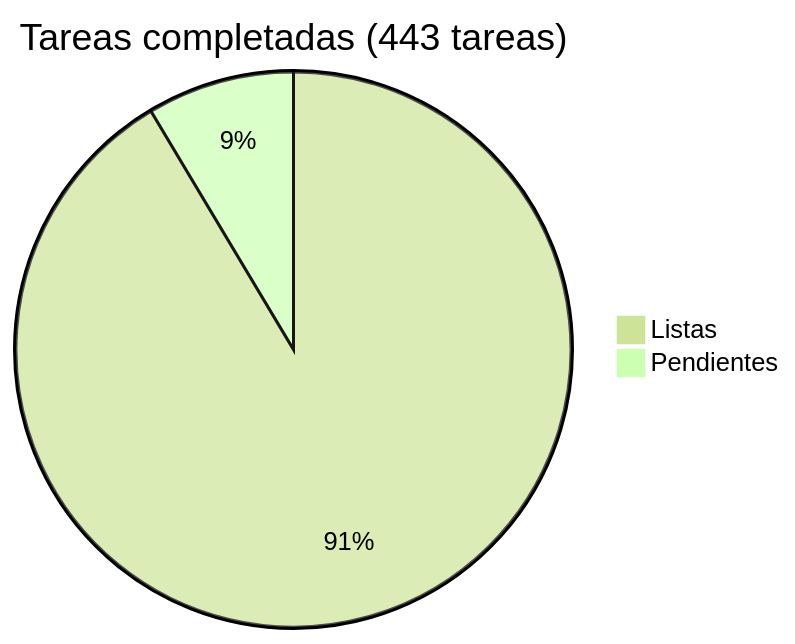
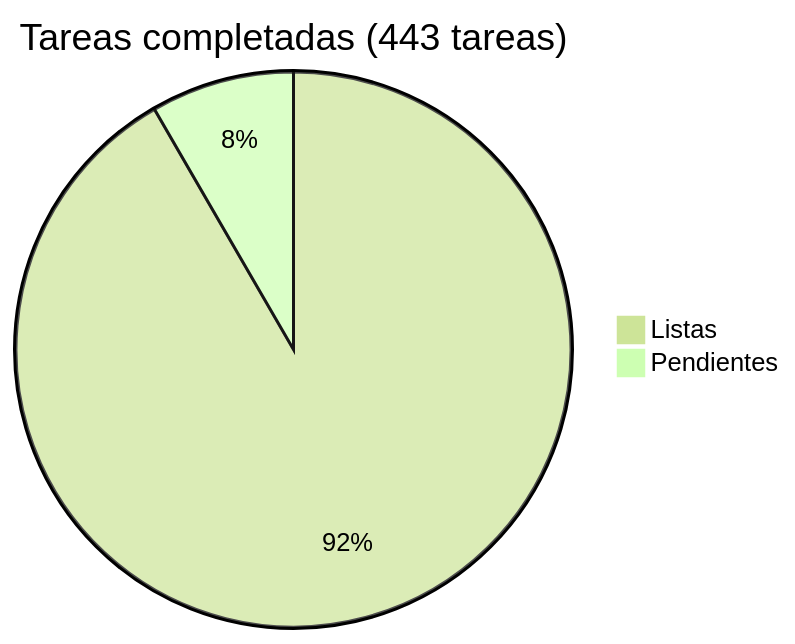
Before and after one commit to araguaney-lat/araguaney: the diagram in docs/roadmap/README.md, drawn with Mermaid (forest theme). The commit also changed other lines of this file and 14 other files, not shown here.

````diff
--- a/docs/roadmap/README.md
+++ b/docs/roadmap/README.md
@@ -5,5 +5,5 @@
 ```mermaid
 pie title Tareas completadas (443 tareas)
-    "Listas" : 405
-    "Pendientes" : 38
+    "Listas" : 406
+    "Pendientes" : 37
 ```
````
